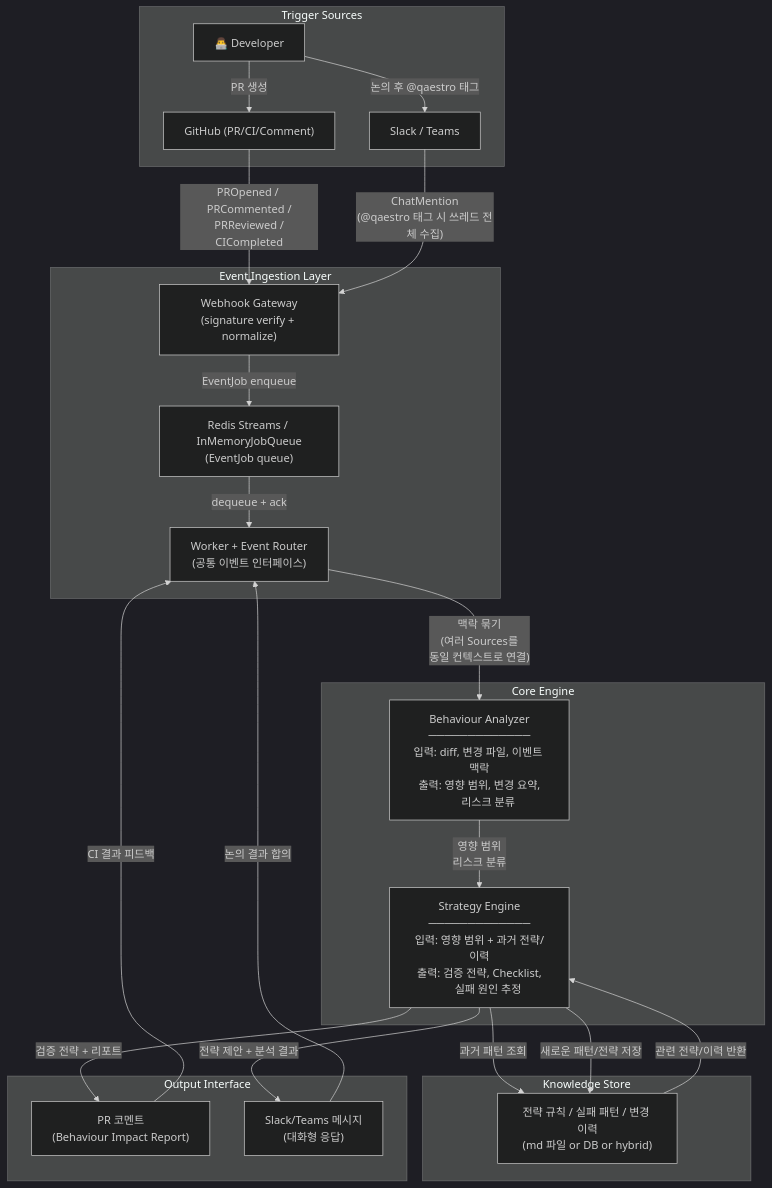
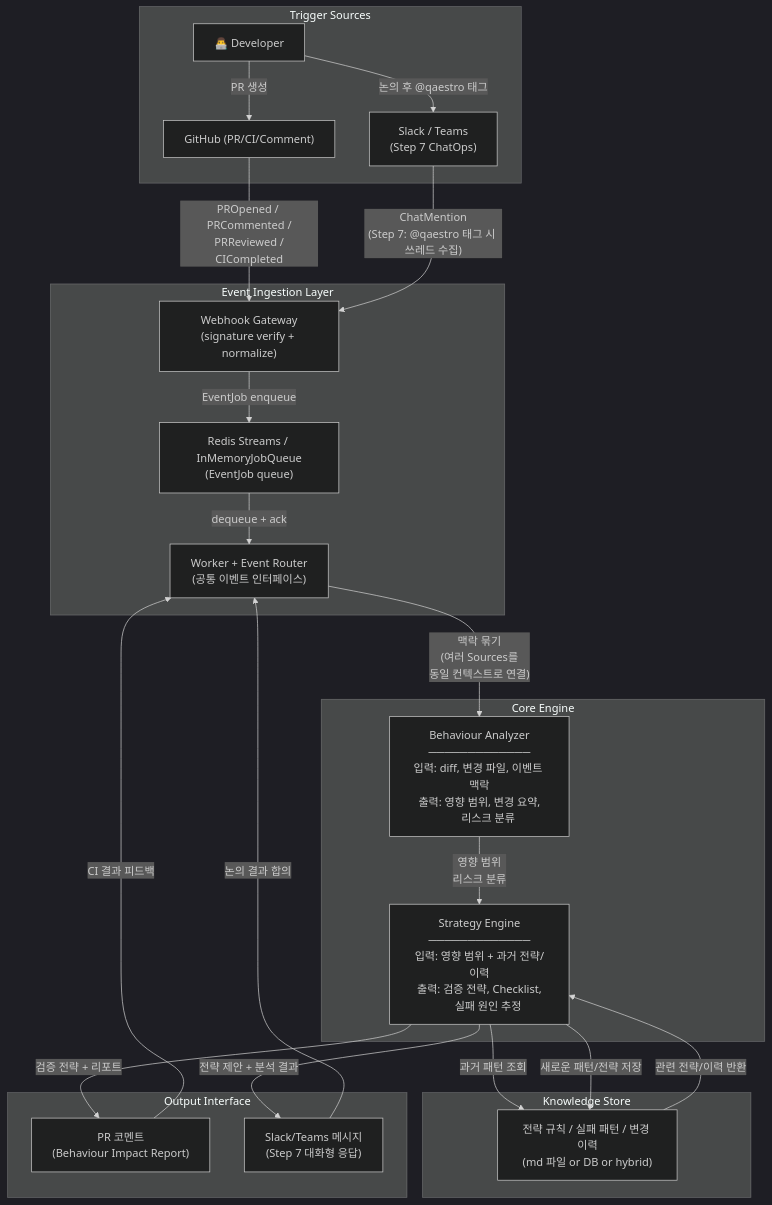
One commit to Kimcheolhui/qaestro changed the diagram in docs/ARCHITECTURE.md. Above: the diagram before and after it, drawn with Mermaid (dark theme). The commit also changed other lines of this file and 5 other files, not shown here.

````diff
--- a/docs/ARCHITECTURE.md
+++ b/docs/ARCHITECTURE.md
@@ -9,50 +9,50 @@
 ```mermaid
 flowchart TB
     subgraph Trigger Sources
         DEV["👨‍💻 Developer"]
         GH["GitHub (PR/CI/Comment)"]
-        CHAT["Slack / Teams"]
+        CHAT["Slack / Teams<br/>(Step 7 ChatOps)"]
     end
 
     subgraph Event Ingestion Layer
         GW["Webhook Gateway<br/>(signature verify + normalize)"]
         Q["Redis Streams / InMemoryJobQueue<br/>(EventJob queue)"]
         EI["Worker + Event Router<br/>(공통 이벤트 인터페이스)"]
     end
 
     subgraph Core Engine
         BA["Behaviour Analyzer<br/>─────────────<br/>입력: diff, 변경 파일, 이벤트 맥락<br/>출력: 영향 범위, 변경 요약,<br/>      리스크 분류"]
         SE["Strategy Engine<br/>─────────────<br/>입력: 영향 범위 + 과거 전략/이력<br/>출력: 검증 전략, Checklist,<br/>      실패 원인 추정"]
     end
 
     subgraph Knowledge Store
         KS["전략 규칙 / 실패 패턴 / 변경 이력<br/>(md 파일 or DB or hybrid)"]
     end
 
     subgraph Output Interface
         PR_OUT["PR 코멘트<br/>(Behaviour Impact Report)"]
-        CHAT_OUT["Slack/Teams 메시지<br/>(대화형 응답)"]
+        CHAT_OUT["Slack/Teams 메시지<br/>(Step 7 대화형 응답)"]
     end
 
     DEV -->|"논의 후 @qaestro 태그"| CHAT
     DEV -->|"PR 생성"| GH
 
     GH -->|"PROpened / PRCommented /<br/> PRReviewed / CICompleted"| GW
-    CHAT -->|"ChatMention<br/>(@qaestro 태그 시 쓰레드 전체 수집)"| GW
+    CHAT -->|"ChatMention<br/>(Step 7: @qaestro 태그 시 쓰레드 수집)"| GW
     GW -->|"EventJob enqueue"| Q
     Q -->|"dequeue + ack"| EI
 
     EI -->|"맥락 묶기<br/>(여러 Sources를 <br/>동일 컨텍스트로 연결)"| BA
 
     BA -->|"영향 범위<br/>리스크 분류"| SE
     SE -->|"과거 패턴 조회"| KS
     KS -->|"관련 전략/이력 반환"| SE
 
     SE -->|"검증 전략 + 리포트"| PR_OUT
     SE -->|"전략 제안 + 분석 결과"| CHAT_OUT
 
     PR_OUT -->|"CI 결과 피드백"| EI
     CHAT_OUT -->|"논의 결과 합의"| EI
 
     SE -->|"새로운 패턴/전략 저장"| KS
 ```
````
